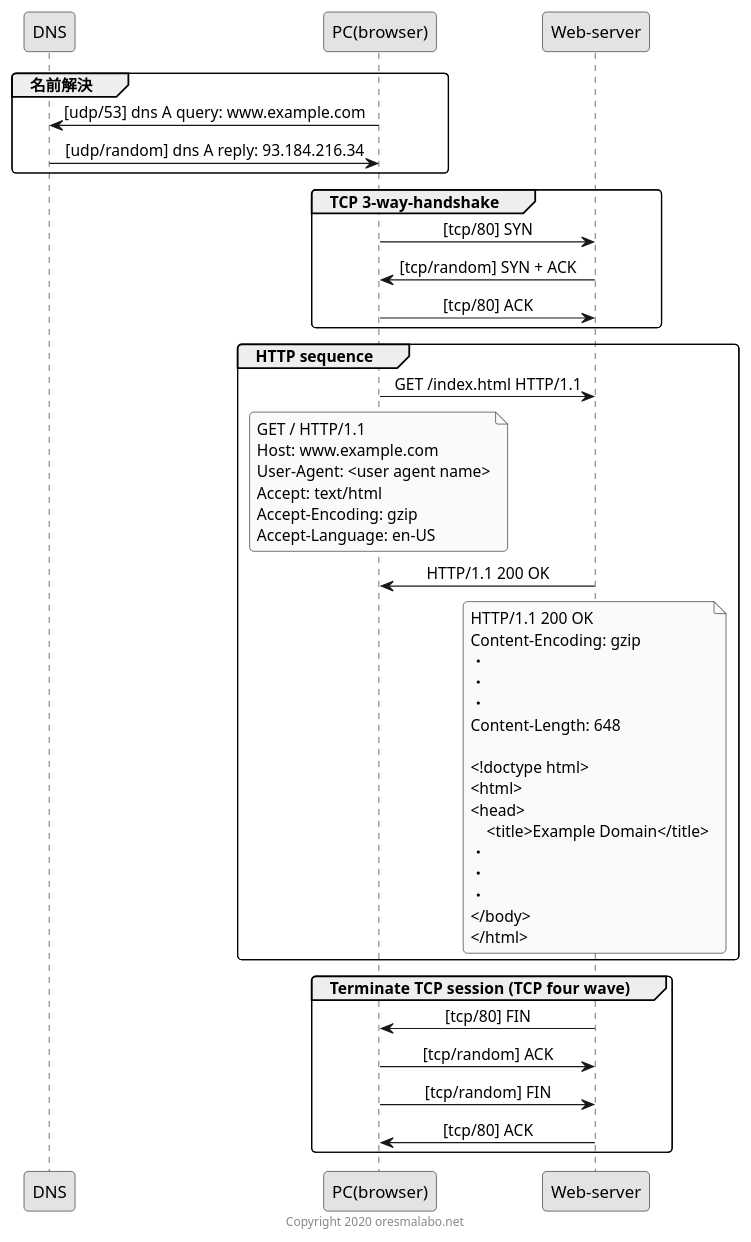
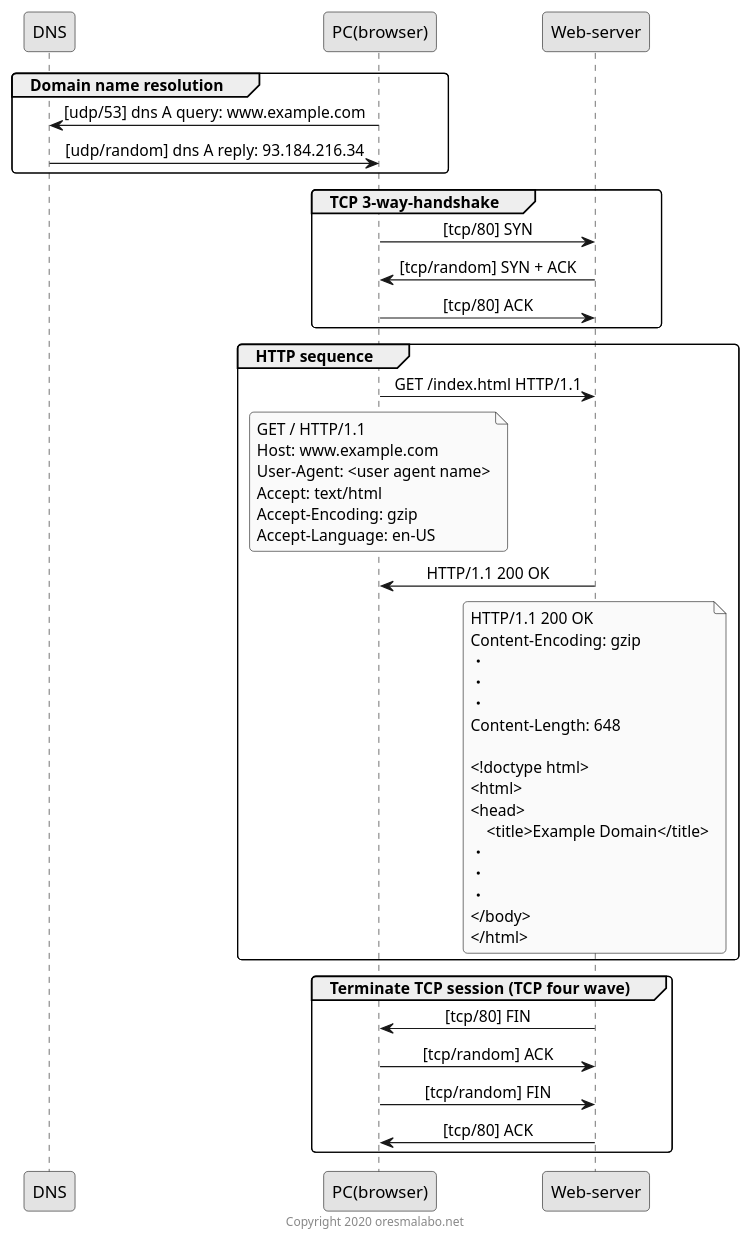
The diagram in templates/web-sequence/web-sequence.pu (oresama-lab/plant-uml-themes), drawn with PlantUML before and after one commit.

```diff
--- a/templates/web-sequence/web-sequence.pu
+++ b/templates/web-sequence/web-sequence.pu
@@ -1,66 +1,66 @@
 @startuml
 skinparam defaultFontName メイリオ
 skinparam monochrome true
 skinparam shadowing false
 skinparam RoundCorner 7
 skinparam SequenceGroupBorderThickness 1
 skinparam sequenceMessageAlign center
 skinparam sequenceReferenceAlign left
 
 participant DNS as dns
 participant "PC(browser)" as pc
 participant "Web-server" as server
 
-group 名前解決
+group Domain name resolution
   pc -> dns : [udp/53] dns A query: www.example.com
   dns -> pc : [udp/random] dns A reply: 93.184.216.34
 end
 
 group TCP 3-way-handshake
   pc -> server: [tcp/80] SYN
   server -> pc: [tcp/random] SYN + ACK
   pc -> server: [tcp/80] ACK
 end
 
 group HTTP sequence
   pc -> server: GET /index.html HTTP/1.1
   note over pc
     GET / HTTP/1.1
     Host: www.example.com
     User-Agent: <user agent name>
     Accept: text/html
     Accept-Encoding: gzip
     Accept-Language: en-US
   end note
   server -> pc: HTTP/1.1 200 OK
   note over server
     HTTP/1.1 200 OK
     Content-Encoding: gzip
     ・
     ・
     ・
     Content-Length: 648
     
     <!doctype html>
     <html>
     <head>
         <title>Example Domain</title>
     ・
     ・
     ・
     </body>
     </html>
   end note
 end
 
 group Terminate TCP session (TCP four wave)
   server -> pc: [tcp/80] FIN
   note over server
   end note
   pc -> server: [tcp/random] ACK
   pc -> server: [tcp/random] FIN
   server -> pc: [tcp/80] ACK
 end
 
 footer Copyright 2020 oresmalabo.net
 @enduml
```
